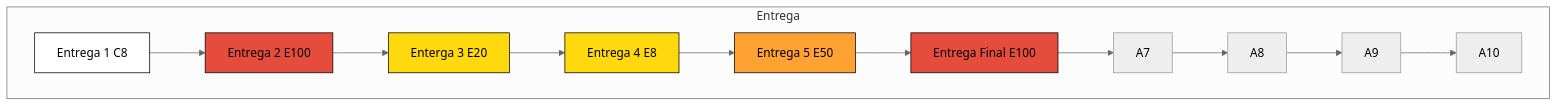
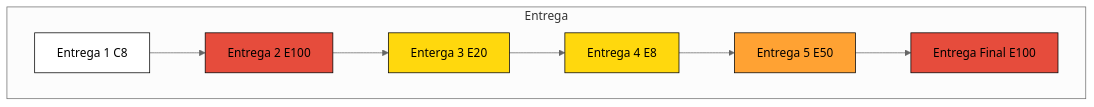
One commit to catypr/Gantt-Crystal changed the eighth of 8 diagrams in README.md. Above: the diagram before and after it, drawn with Mermaid (neutral theme).

````diff
--- a/README.md
+++ b/README.md
@@ -112,19 +112,19 @@
 ```mermaid
 graph TD
    subgraph Entrega 
      A1["Entrega 1 C8"]:::branco
      A2["Entrega 2 E100"]:::vermelho
      A3["Enterga 3 E20"]:::amarelo
      A4["Entrega 4 E8"]:::amarelo
      A5["Entrega 5 E50"]:::laranja
      A6["Entrega Final E100"]:::vermelho
 
-A1 --> A2 --> A3 --> A4 --> A5 --> A6 --> A7 --> A8 --> A9 --> A10
+A1 --> A2 --> A3 --> A4 --> A5 --> A6 
 end
 
 %% Definição de estilo
 classDef branco fill:#ffffff, stroke:#000,stroke-width:1px;
 classDef amarelo fill:#FFD80D, stroke:#000,stroke-width:1px;
 classDef laranja fill:#FFA233, stroke:#000,stroke-width:1px;
 classDef vermelho fill:#E64C3C, stroke:#000,stroke-width:1px;
 ```
````
